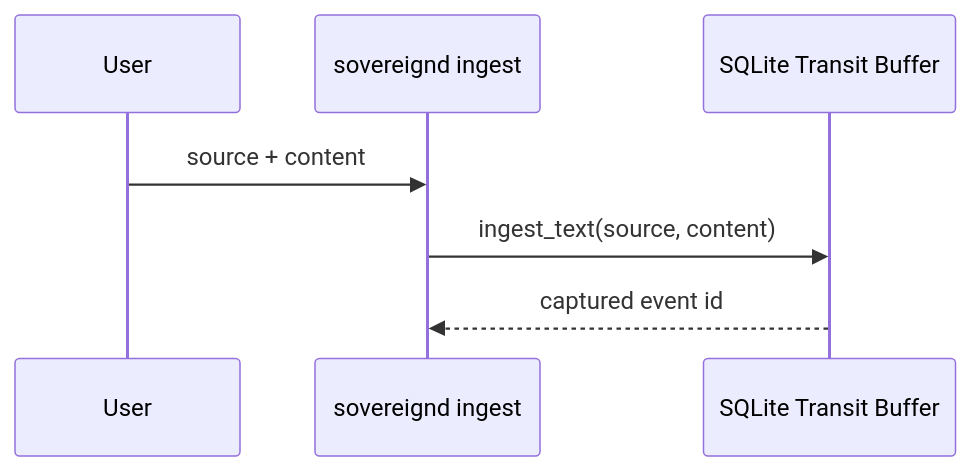
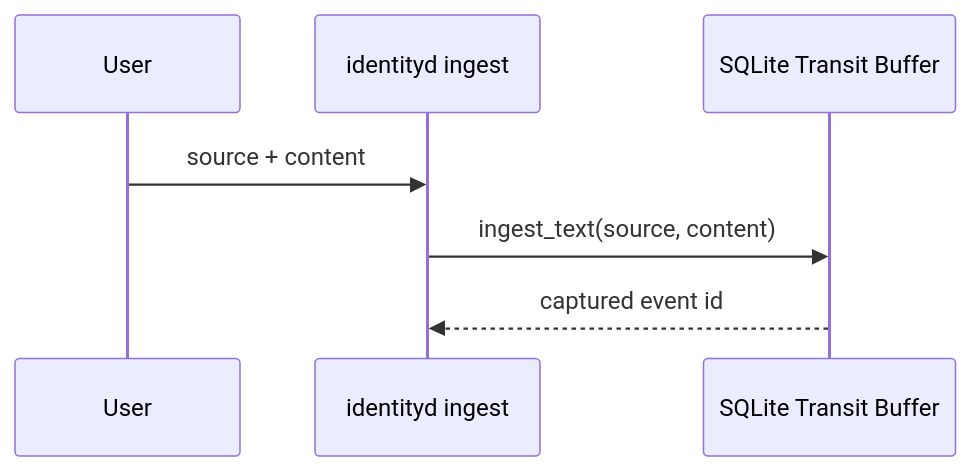
Before and after one commit to FiNdAlMkSkInDaL/Identity: the fourth of 15 diagrams in docs/system-map.md, drawn with Mermaid. The commit also changed other lines of this file and 32 other files, not shown here.

````diff
--- a/docs/system-map.md
+++ b/docs/system-map.md
@@ -188,10 +228,10 @@
 ```mermaid
 sequenceDiagram
     participant User
-    participant CLI as sovereignd ingest
+    participant CLI as identityd ingest
     participant Transit as SQLite Transit Buffer
 
     User->>CLI: source + content
     CLI->>Transit: ingest_text(source, content)
     Transit-->>CLI: captured event id
 ```
````
